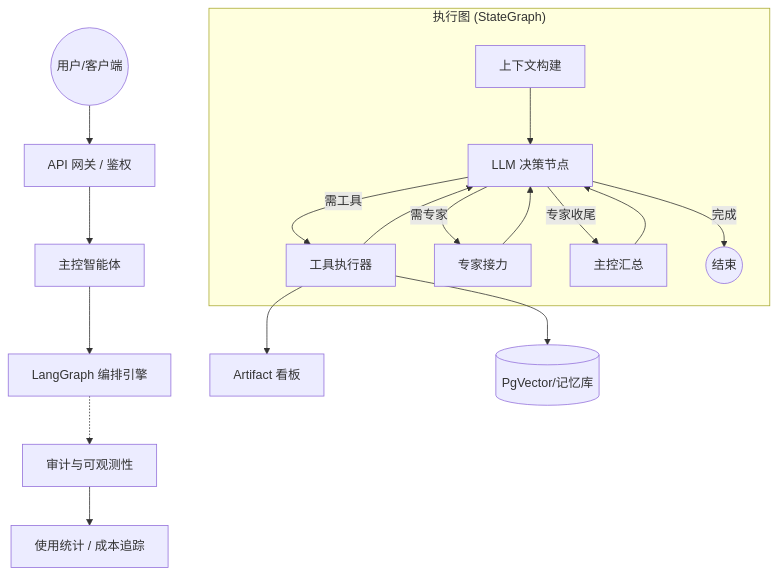
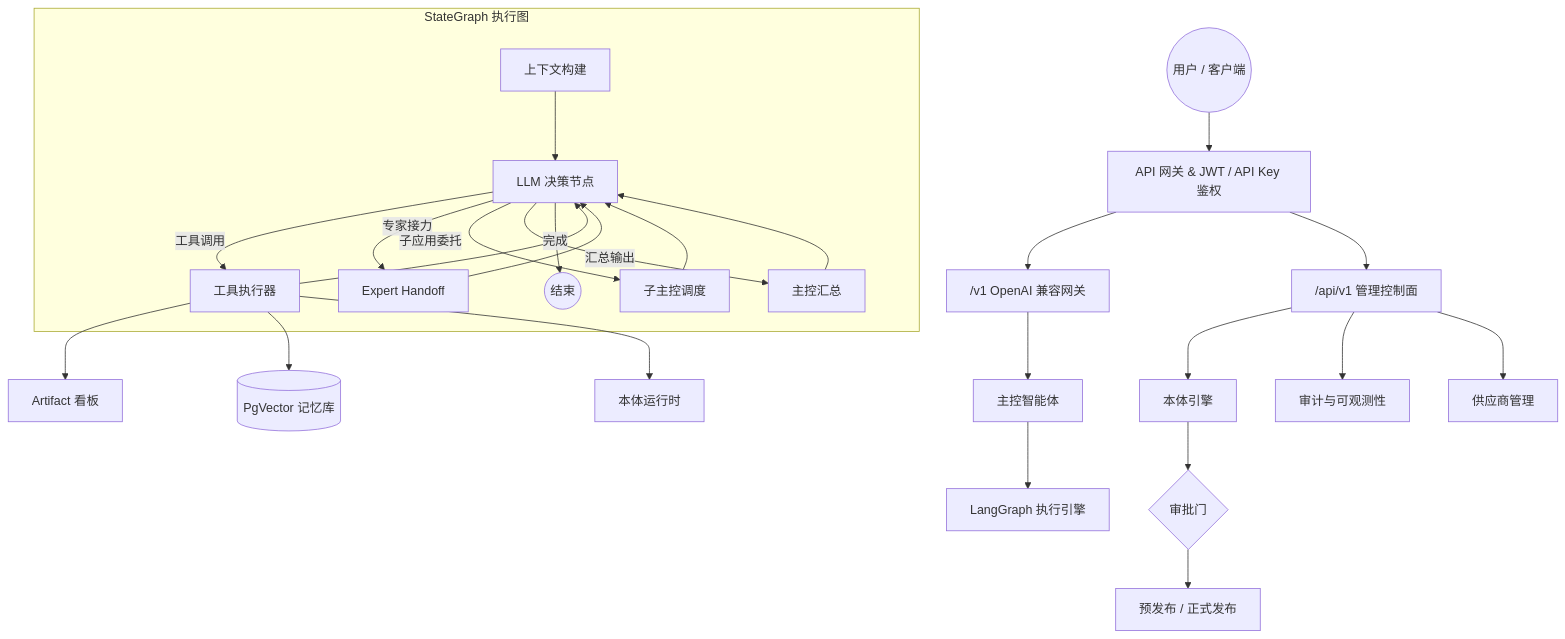
One commit to Koriginal/uniai-kernel changed the diagram in README_zh.md. Above: the diagram before and after it, drawn with Mermaid. The commit also changed other lines of this file and 2 other files, not shown here.

````diff
--- a/README_zh.md
+++ b/README_zh.md
@@ -27,23 +33,33 @@
 ```mermaid
 graph TD
-    User((用户/客户端)) --> Gateway[API 网关 / 鉴权]
-    Gateway --> Orchestrator[主控智能体]
-    Orchestrator --> Graph[LangGraph 编排引擎]
-    
-    subgraph "执行图 (StateGraph)"
+    User((用户 / 客户端)) --> Gateway[API 网关 & JWT / API Key 鉴权]
+    Gateway --> DataPlane["/v1 OpenAI 兼容网关"]
+    Gateway --> MgmtPlane["/api/v1 管理控制面"]
+
+    DataPlane --> Orchestrator[主控智能体]
+    Orchestrator --> Graph[LangGraph 执行引擎]
+
+    subgraph "StateGraph 执行图"
         Context[上下文构建] --> Agent[LLM 决策节点]
-        Agent -- 需工具 --> Tools[工具执行器]
-        Agent -- 需专家 --> Handoff[专家接力]
-        Agent -- 专家收尾 --> Synthesize[主控汇总]
+        Agent -- 工具调用 --> Tools[工具执行器]
+        Agent -- 专家接力 --> Handoff[Expert Handoff]
+        Agent -- 子应用委托 --> SubApp[子主控调度]
+        Agent -- 汇总输出 --> Synthesize[主控汇总]
         Tools --> Agent
         Handoff --> Agent
+        SubApp --> Agent
         Synthesize --> Agent
         Agent -- 完成 --> END((结束))
     end
-    
+
     Tools --> Canvas[Artifact 看板]
-    Tools --> DB[(PgVector/记忆库)]
-    
-    Graph -.-> Audit[审计与可观测性]
-    Audit --> Monitor[使用统计 / 成本追踪]
+    Tools --> Memory[(PgVector 记忆库)]
+    Tools --> OntologyRT[本体运行时]
+
+    MgmtPlane --> Ontology[本体引擎]
+    MgmtPlane --> Audit[审计与可观测性]
+    MgmtPlane --> Providers[供应商管理]
+
+    Ontology --> ApprovalGate{审批门}
+    ApprovalGate --> Release[预发布 / 正式发布]
 ```
````
